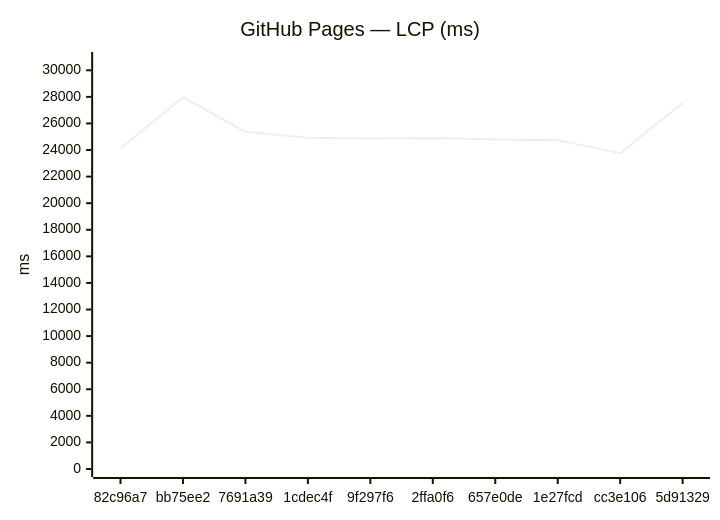
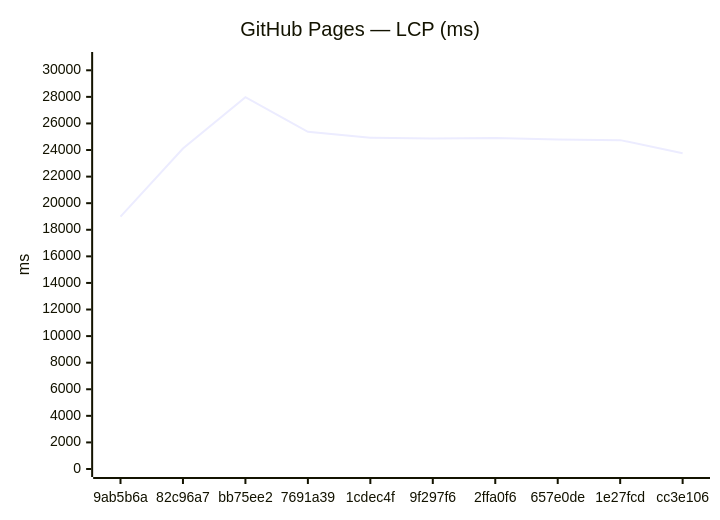
Before and after one commit to Metaheurist/Rianell: the third of 18 diagrams in benchmarks/compare.md, drawn with Mermaid. The commit also changed other lines of this file and 11 other files, not shown here.

````diff
--- a/benchmarks/compare.md
+++ b/benchmarks/compare.md
@@ -54,7 +54,7 @@
 ```mermaid
 xychart-beta
     title "GitHub Pages — LCP (ms)"
-    x-axis ["82c96a7", "bb75ee2", "7691a39", "1cdec4f", "9f297f6", "2ffa0f6", "657e0de", "1e27fcd", "cc3e106", "5d91329"]
+    x-axis ["9ab5b6a", "82c96a7", "bb75ee2", "7691a39", "1cdec4f", "9f297f6", "2ffa0f6", "657e0de", "1e27fcd", "cc3e106"]
     y-axis "ms" 0 --> 30774
-    line [24113, 27976, 25370, 24933, 24873, 24910, 24797, 24744, 23765, 27536]
+    line [18985, 24113, 27976, 25370, 24933, 24873, 24910, 24797, 24744, 23765]
 ```
````
